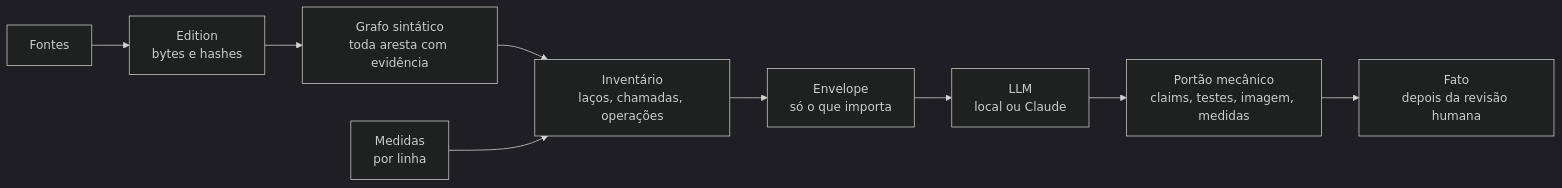
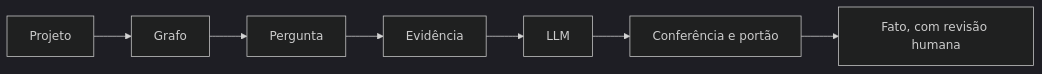
The diagram in README.pt-BR.md (ViniciusSJV/librarian), drawn with Mermaid (dark theme) before and after one commit. The commit also changed other lines of this file and 3 other files, not shown here.

````diff
--- a/README.pt-BR.md
+++ b/README.pt-BR.md
@@ -48,11 +52,9 @@
 ```mermaid
 flowchart LR
-    S[Fontes] --> E[Edition<br/>bytes e hashes]
-    E --> G[Grafo sintático<br/>toda aresta com evidência]
-    G --> I[Inventário<br/>laços, chamadas, operações]
-    M[Medidas<br/>por linha] --> I
-    I --> V[Envelope<br/>só o que importa]
-    V --> L[LLM<br/>local ou Claude]
-    L --> C[Portão mecânico<br/>claims, testes, imagem, medidas]
-    C --> F[Fato<br/>depois da revisão humana]
+    P[Projeto] --> G[Grafo]
+    G --> Q[Pergunta]
+    Q --> E[Evidência]
+    E --> L[LLM]
+    L --> C[Conferência e portão]
+    C --> F[Fato, com revisão humana]
 ```
````
